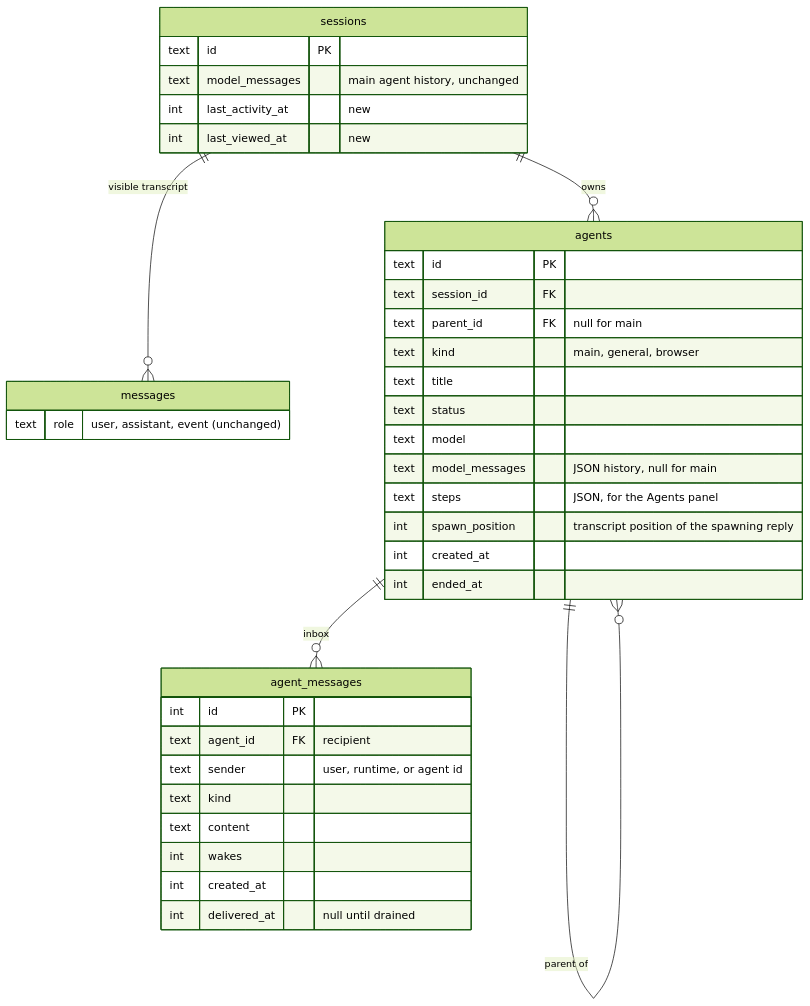
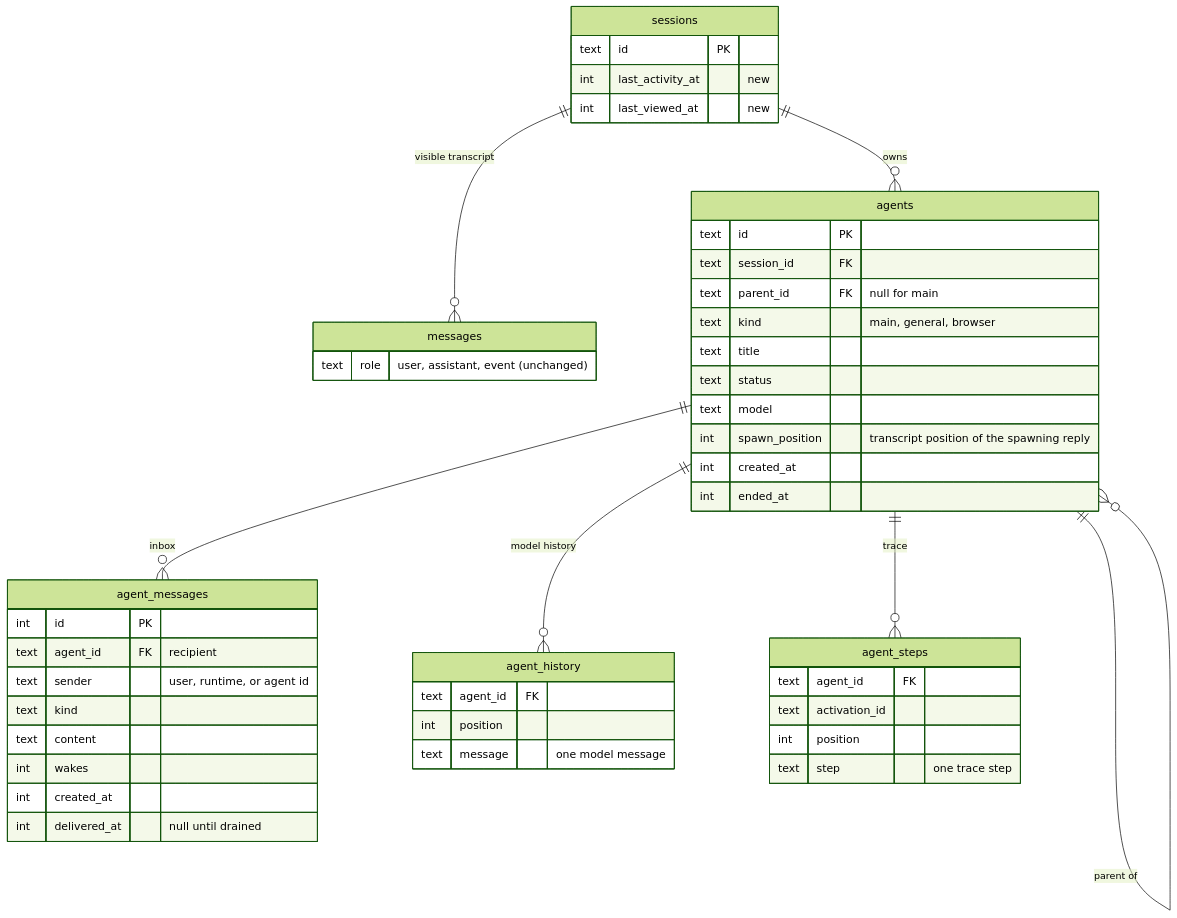
One commit to NickAwrist/euler changed the seventh of 7 diagrams in docs/design/async-agents.md. Above: the diagram before and after it, drawn with Mermaid (forest theme). The commit also changed other lines of this file and 27 other files, not shown here.

````diff
--- a/docs/design/async-agents.md
+++ b/docs/design/async-agents.md
@@ -493,40 +496,50 @@
 ```mermaid
 erDiagram
   sessions ||--o{ messages : "visible transcript"
   sessions ||--o{ agents : owns
   agents ||--o{ agent_messages : "inbox"
   agents ||--o{ agents : "parent of"
+  agents ||--o{ agent_history : "model history"
+  agents ||--o{ agent_steps : "trace"
   sessions {
     text id PK
-    text model_messages "main agent history, unchanged"
     int last_activity_at "new"
     int last_viewed_at "new"
   }
   messages {
     text role "user, assistant, event (unchanged)"
   }
   agents {
     text id PK
     text session_id FK
     text parent_id FK "null for main"
     text kind "main, general, browser"
     text title
     text status
     text model
-    text model_messages "JSON history, null for main"
-    text steps "JSON, for the Agents panel"
     int spawn_position "transcript position of the spawning reply"
     int created_at
     int ended_at
+  }
+  agent_history {
+    text agent_id FK
+    int position
+    text message "one model message"
+  }
+  agent_steps {
+    text agent_id FK
+    text activation_id
+    int position
+    text step "one trace step"
   }
   agent_messages {
     int id PK
     text agent_id FK "recipient"
     text sender "user, runtime, or agent id"
     text kind
     text content
     int wakes
     int created_at
     int delivered_at "null until drained"
   }
 ```
````
